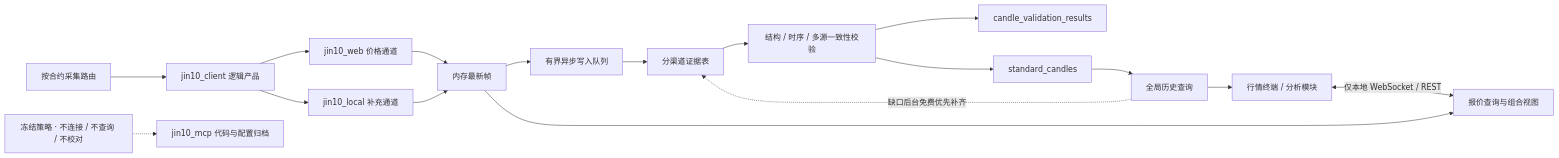
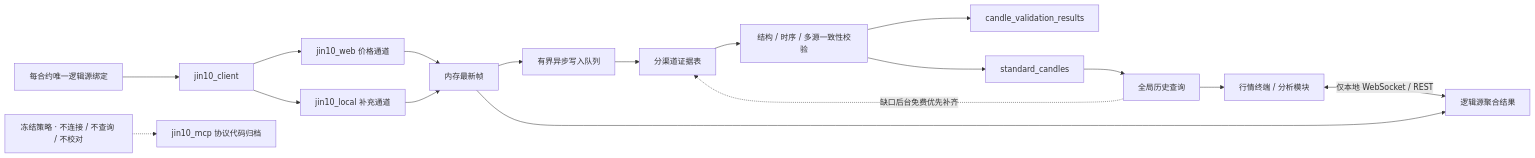
The diagram in docs/architecture.md (Daniel9572/TraceFang), drawn with Mermaid before and after one commit. The commit also changed other lines of this file and 24 other files, not shown here.

````diff
--- a/docs/architecture.md
+++ b/docs/architecture.md
@@ -15,20 +15,20 @@
 ```mermaid
 flowchart LR
-    UI["行情终端 / 分析模块"] <-->|"仅本地 WebSocket / REST"| QV["报价查询与组合视图"]
-    AR["按合约采集路由"] --> JC["jin10_client 逻辑产品"]
+    UI["行情终端 / 分析模块"] <-->|"仅本地 WebSocket / REST"| QV["逻辑源聚合结果"]
+    AR["每合约唯一逻辑源绑定"] --> JC["jin10_client"]
     JC --> JW["jin10_web 价格通道"]
     JC --> JL["jin10_local 补充通道"]
     JW --> HC["内存最新帧"]
     JL --> HC
-    MF["jin10_mcp 代码与配置归档"]
+    MF["jin10_mcp 协议代码归档"]
     FP["冻结策略 · 不连接 / 不查询 / 不校对"] -.-> MF
     HC --> QV
     HC --> WQ["有界异步写入队列"]
     WQ --> RAW["分渠道证据表"]
     RAW --> V["结构 / 时序 / 多源一致性校验"]
     V --> VR["candle_validation_results"]
     V --> STD["standard_candles"]
     STD --> HS["全局历史查询"]
     HS --> UI
     HS -.->|"缺口后台免费优先补齐"| RAW
 ```
````
